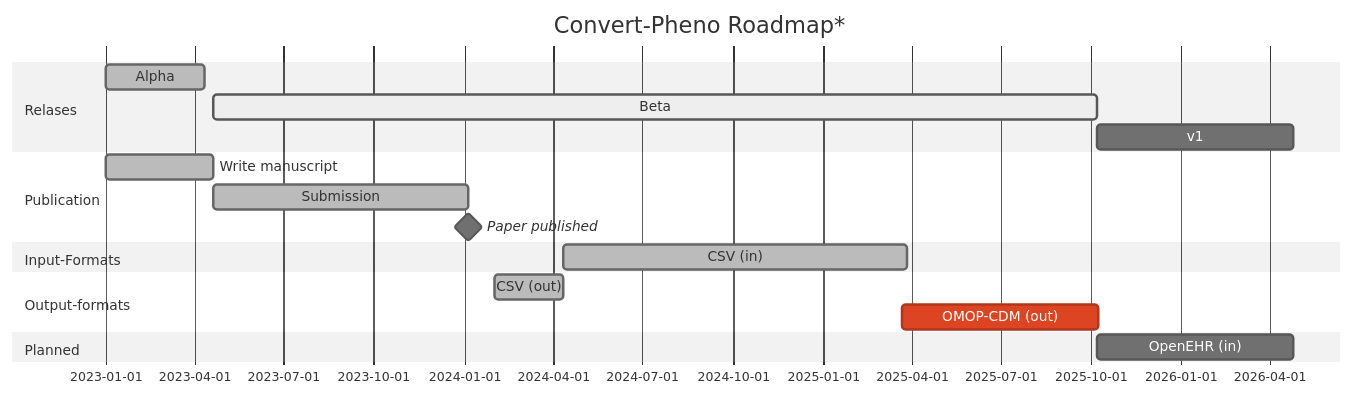
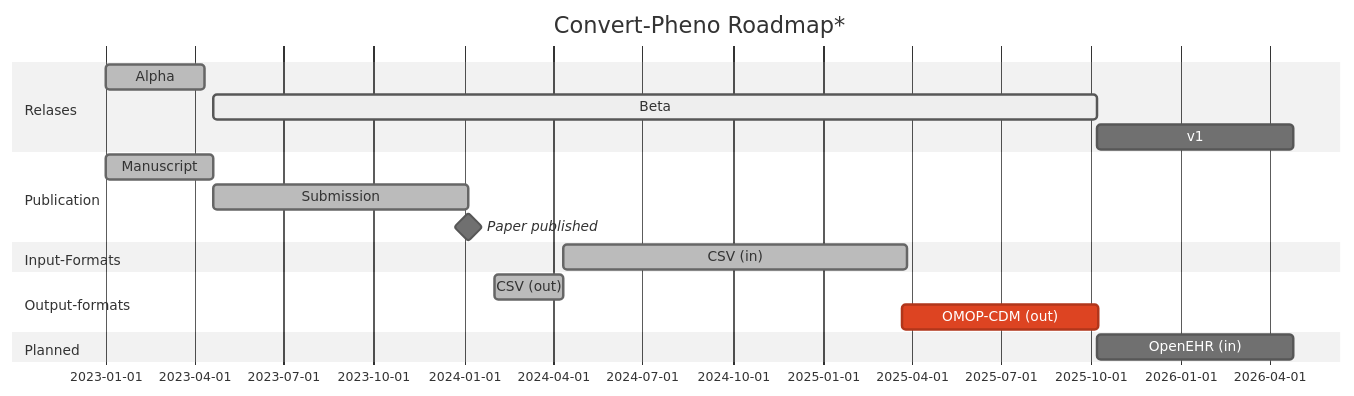
The diagram in docs/future-plans.md (CNAG-Biomedical-Informatics/convert-pheno), drawn with Mermaid (neutral theme) before and after one commit. The commit also changed 7 other files, not shown here.

````diff
--- a/docs/future-plans.md
+++ b/docs/future-plans.md
@@ -1,25 +1,25 @@
 ```mermaid
   gantt
     title Convert-Pheno Roadmap*
     dateFormat  YYYY-MM-DD
 
     section Relases
     Alpha                     :done,      r1, 2023-01-01, 100d
     Beta                      :active,    r2, after m1, 900d
     v1                        :           r3, after r2, 200d
 
     section Publication
-    Write manuscript          :done,      m1, 2023-01-01, 110d
+    Manuscript                :done,      m1, 2023-01-01, 110d
     Submission                :done,      m2, after m1, 260d
     Paper published           :milestone, after m2, 0d
 
     section Input-Formats
     CSV (in)        :done, f1, after f0,   350d
 
     section Output-formats
     CSV (out)       :done, f0, 2024-02-01, 70d
     OMOP-CDM (out)  :crit,     f2, 2025-03-22, 200d
 
     section Planned
     OpenEHR (in)    :          f3, after r2,   200d
 ```
````
